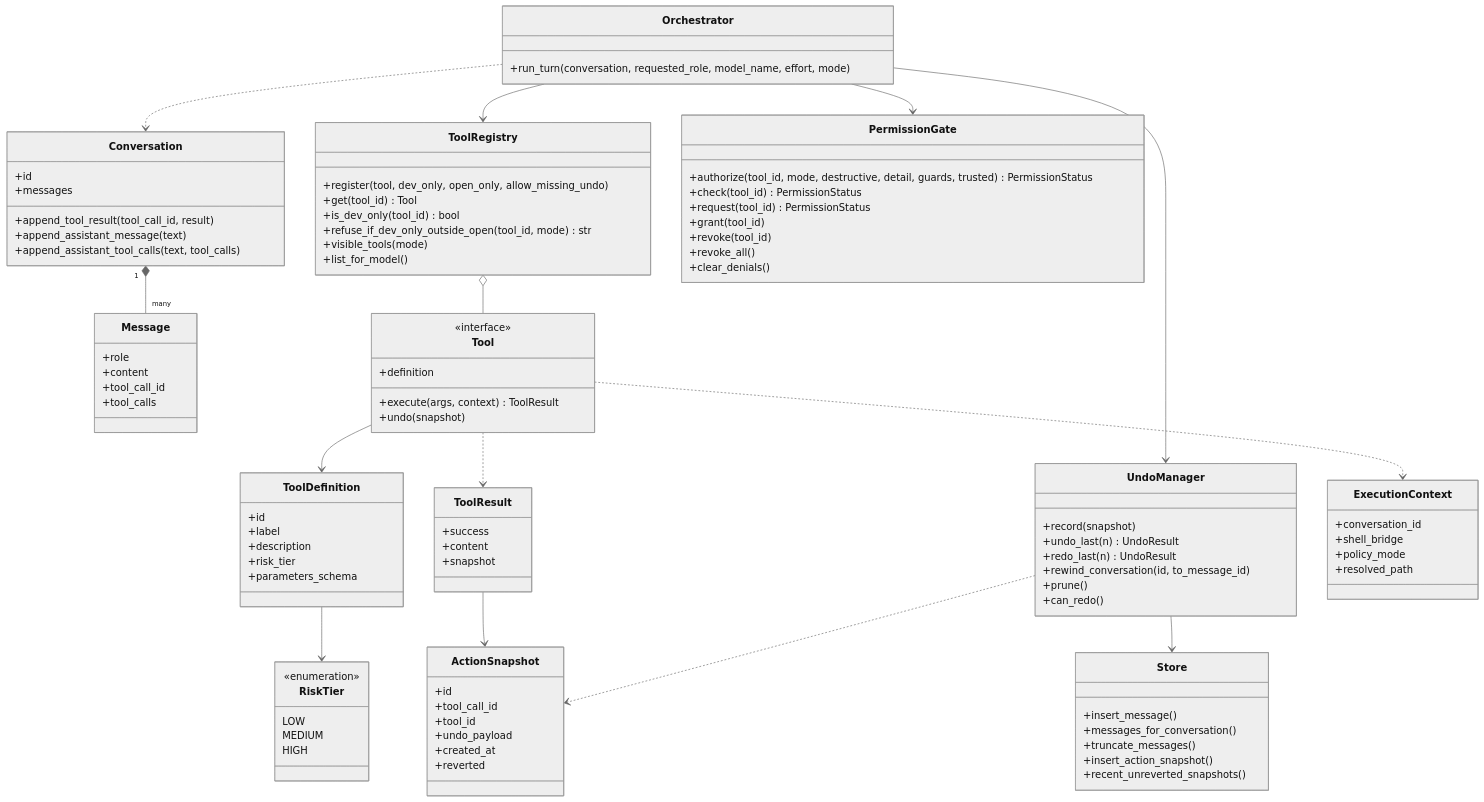
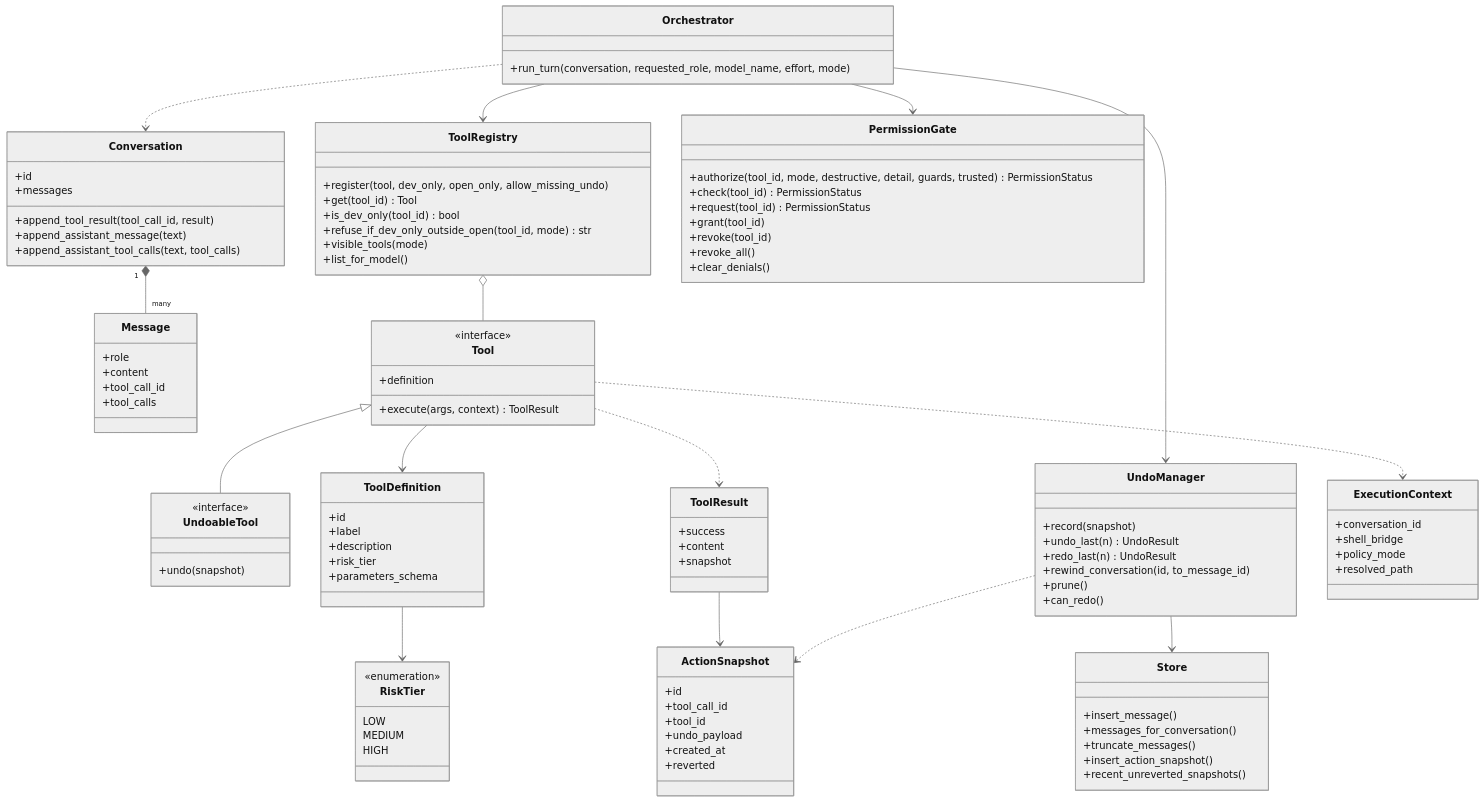
One commit to N041M/Addison changed the first of 5 diagrams in docs/classes.md. Above: the diagram before and after it, drawn with Mermaid (neutral theme). The commit also changed other lines of this file and 3 other files, not shown here.

```diff
--- a/docs/classes.md
+++ b/docs/classes.md
@@ -48,6 +52,9 @@
         <<interface>>
         +definition
         +execute(args, context) ToolResult
+    }
+    class UndoableTool {
+        <<interface>>
         +undo(snapshot)
     }
     class ToolDefinition {
@@ -121,6 +128,7 @@
     Orchestrator ..> Conversation
     Conversation "1" *-- "many" Message
     ToolRegistry o-- Tool
+    Tool <|-- UndoableTool
     Tool --> ToolDefinition
     ToolDefinition --> RiskTier
     Tool ..> ToolResult
```
